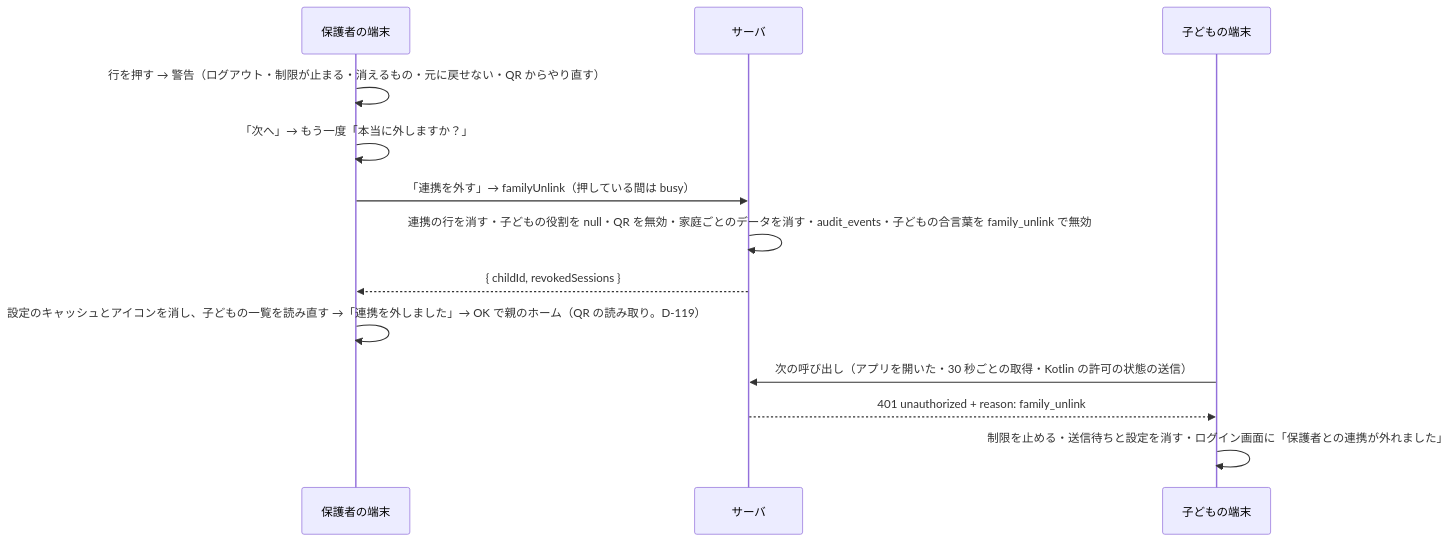
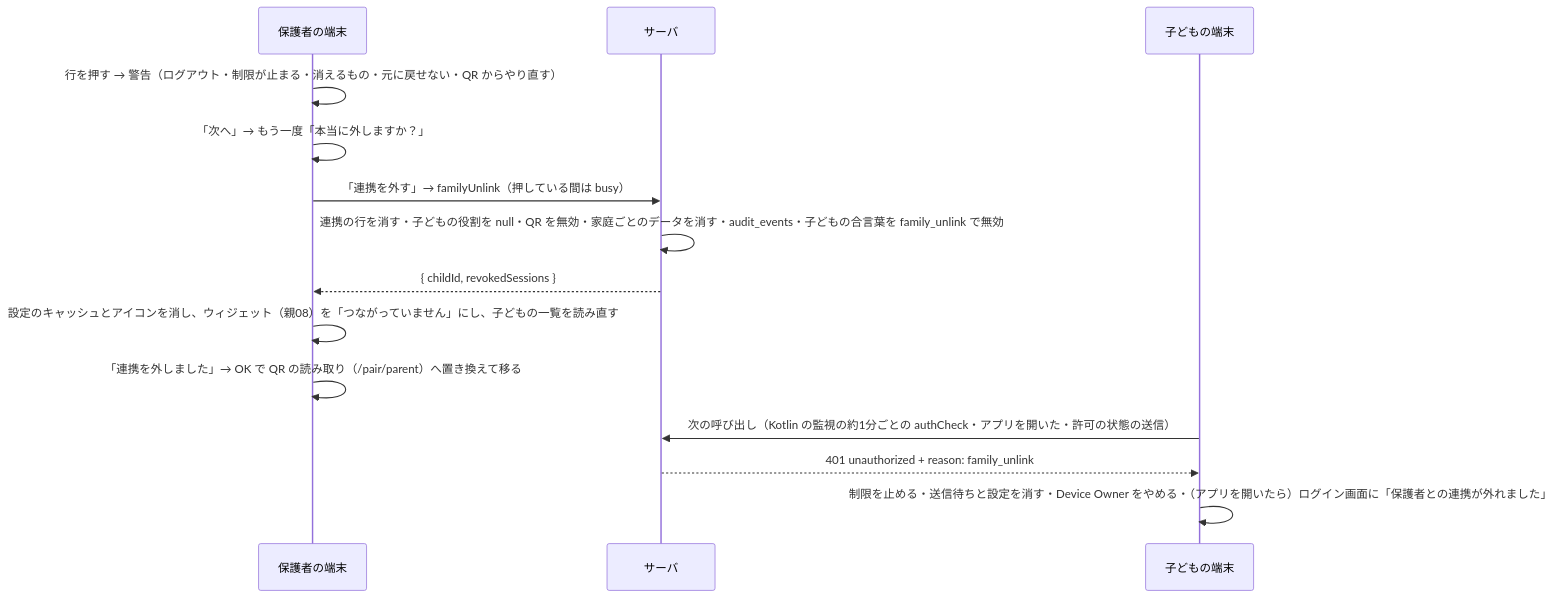
The sixth of 9 diagrams in docs/flows.md (jphacks/sp_2602), drawn with Mermaid before and after one commit. The commit also changed other lines of this file and 5 other files, not shown here.

Commit message:
docs: 外したあとの行き先（QR の読み取り）・親08 を「つながっていません」に・外されたときの Device Owner の解除・約1分ごとの合言葉の確かめ（authCheck。D-134）を文書に書く

````diff
--- a/docs/flows.md
+++ b/docs/flows.md
@@ -204,15 +204,16 @@
 ```mermaid
 sequenceDiagram
   participant P as 保護者の端末
   participant SV as サーバ
   participant C as 子どもの端末
   P->>P: 行を押す → 警告（ログアウト・制限が止まる・消えるもの・元に戻せない・QR からやり直す）
   P->>P: 「次へ」→ もう一度「本当に外しますか？」
   P->>SV: 「連携を外す」→ familyUnlink（押している間は busy）
   SV->>SV: 連携の行を消す・子どもの役割を null・QR を無効・家庭ごとのデータを消す・audit_events・子どもの合言葉を family_unlink で無効
   SV-->>P: { childId, revokedSessions }
-  P->>P: 設定のキャッシュとアイコンを消し、子どもの一覧を読み直す →「連携を外しました」→ OK で親のホーム（QR の読み取り。D-119）
-  C->>SV: 次の呼び出し（アプリを開いた・30 秒ごとの取得・Kotlin の許可の状態の送信）
+  P->>P: 設定のキャッシュとアイコンを消し、ウィジェット（親08）を「つながっていません」にし、子どもの一覧を読み直す
+  P->>P: 「連携を外しました」→ OK で QR の読み取り（/pair/parent）へ置き換えて移る
+  C->>SV: 次の呼び出し（Kotlin の監視の約1分ごとの authCheck・アプリを開いた・許可の状態の送信）
   SV-->>C: 401 unauthorized + reason: family_unlink
-  C->>C: 制限を止める・送信待ちと設定を消す・ログイン画面に「保護者との連携が外れました」
+  C->>C: 制限を止める・送信待ちと設定を消す・Device Owner をやめる・（アプリを開いたら）ログイン画面に「保護者との連携が外れました」
 ```
````
